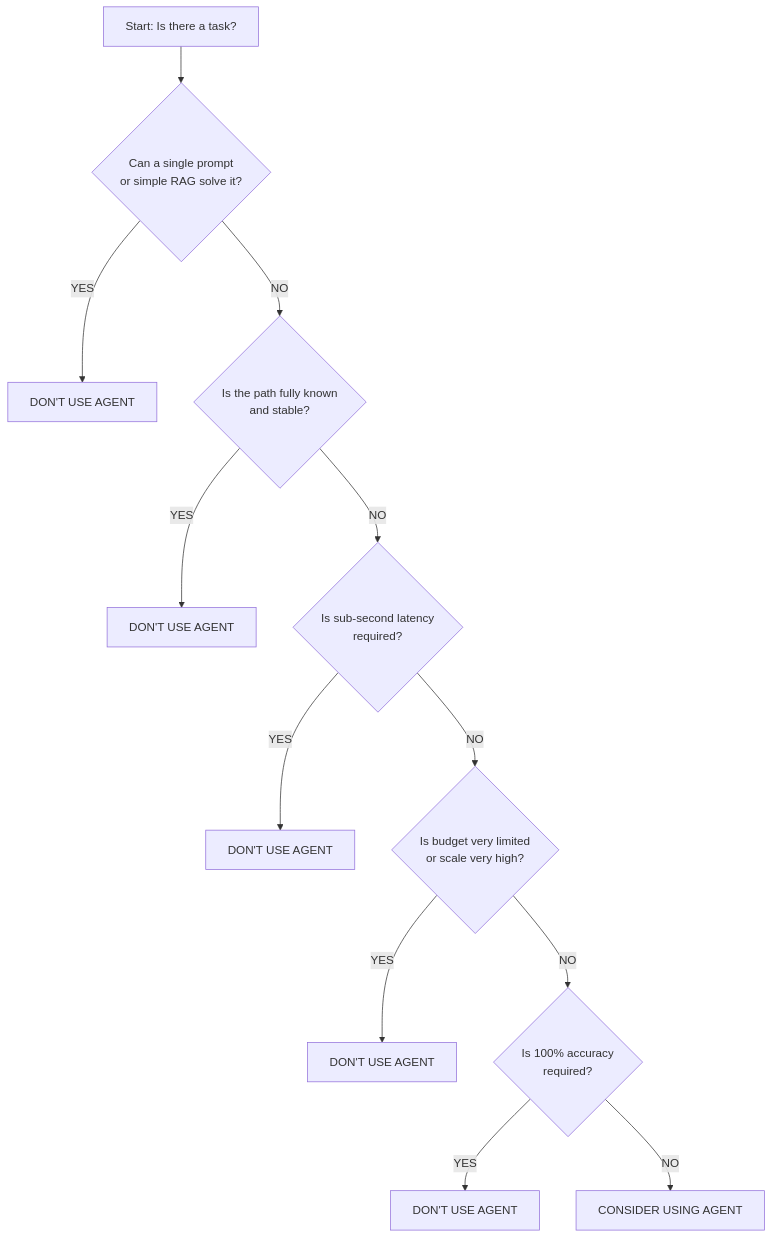
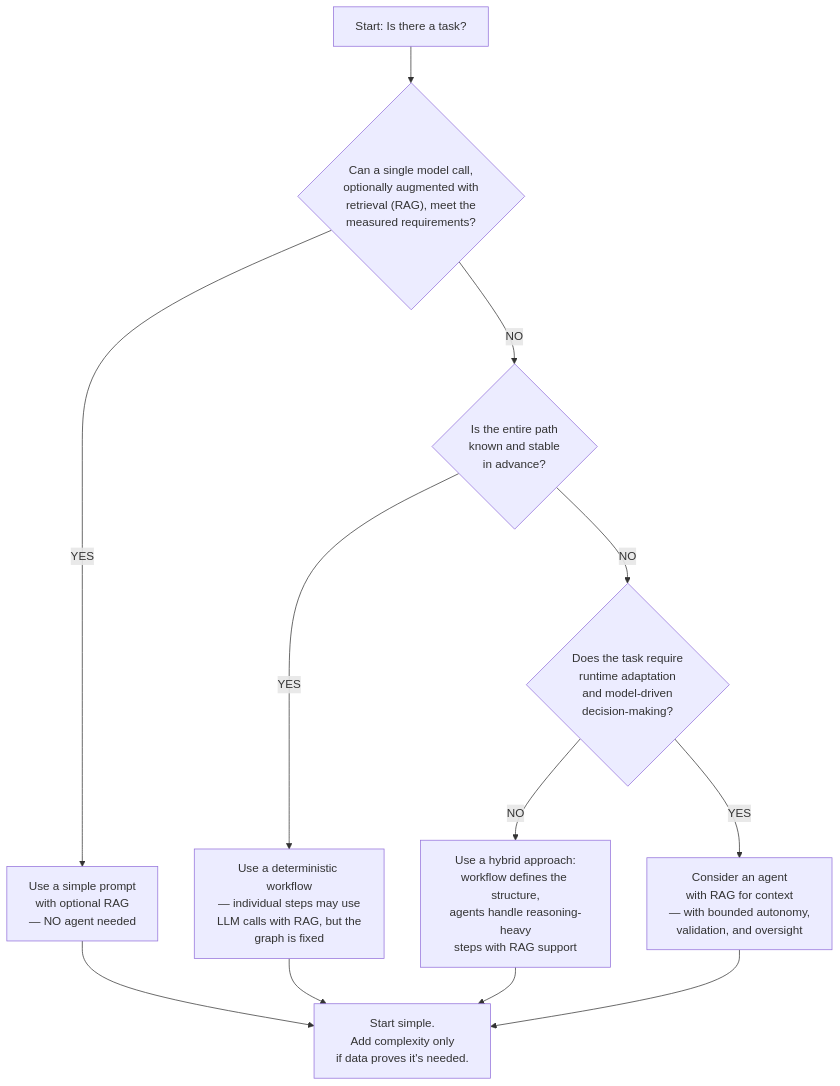
One commit to Prompthon-IO/agent-systems-handbook changed the diagram in foundations/when-NOT-to-use-agents.mdx. Above: the diagram before and after it, drawn with Mermaid.

````diff
--- a/foundations/when-NOT-to-use-agents.mdx
+++ b/foundations/when-NOT-to-use-agents.mdx
@@ -91,14 +91,21 @@
 ```mermaid
 flowchart TD
-    Start["Start: Is there a task?"] --> Q1{"Can a single prompt<br>or simple RAG solve it?"}
-    Q1 -->|YES| Stop1["DON'T USE AGENT"]
-    Q1 -->|NO| Q2{"Is the path fully known<br>and stable?"}
-    Q2 -->|YES| Stop2["DON'T USE AGENT"]
-    Q2 -->|NO| Q3{"Is sub-second latency<br>required?"}
-    Q3 -->|YES| Stop3["DON'T USE AGENT"]
-    Q3 -->|NO| Q4{"Is budget very limited<br>or scale very high?"}
-    Q4 -->|YES| Stop4["DON'T USE AGENT"]
-    Q4 -->|NO| Q5{"Is 100% accuracy<br>required?"}
-    Q5 -->|YES| Stop5["DON'T USE AGENT"]
-    Q5 -->|NO| Consider["CONSIDER USING AGENT"]
+    Start["Start: Is there a task?"] --> Q1{"Can a single model call,<br>optionally augmented with<br>retrieval (RAG), meet the<br>measured requirements?"}
+    
+    Q1 -->|YES| Simple["Use a simple prompt<br>with optional RAG<br>— NO agent needed"]
+    
+    Q1 -->|NO| Q2{"Is the entire path<br>known and stable<br>in advance?"}
+    
+    Q2 -->|YES| Workflow["Use a deterministic workflow<br>— individual steps may use<br>LLM calls with RAG, but the<br>graph is fixed"]
+    
+    Q2 -->|NO| Q3{"Does the task require<br>runtime adaptation<br>and model-driven<br>decision-making?"}
+    
+    Q3 -->|NO| Hybrid["Use a hybrid approach:<br>workflow defines the structure,<br>agents handle reasoning-heavy<br>steps with RAG support"]
+    
+    Q3 -->|YES| Agent["Consider an agent<br>with RAG for context<br>— with bounded autonomy,<br>validation, and oversight"]
+    
+    Simple --> End["Start simple.<br>Add complexity only<br>if data proves it's needed."]
+    Workflow --> End
+    Hybrid --> End
+    Agent --> End
 ```
````
